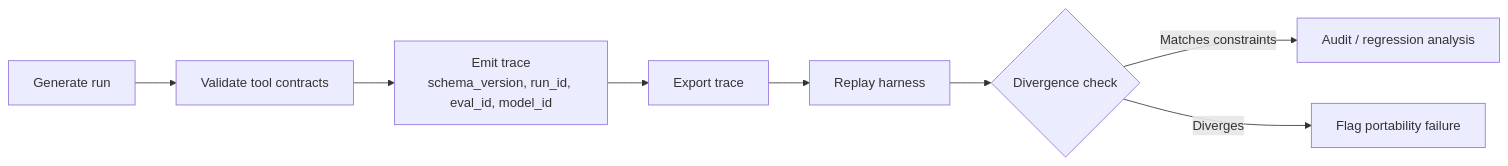
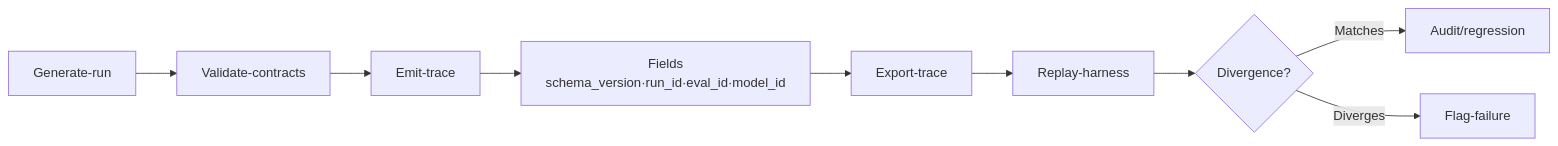
The second of 2 diagrams in book/chapters/99-future-directions.md (rmax-ai/ai-first-software-engineering-book), drawn with Mermaid before and after one commit. The commit also changed other lines of this file and 8 other files, not shown here.

````diff
--- a/book/chapters/99-future-directions.md
+++ b/book/chapters/99-future-directions.md
@@ -113,10 +119,20 @@
 ```mermaid
 flowchart LR
-  A["Generate run"] --> B["Validate tool contracts"]
-  B --> C["Emit trace<br/>schema_version, run_id, eval_id, model_id"]
-  C --> D["Export trace"]
-  D --> E["Replay harness"]
-  E --> F{"Divergence check"}
-  F -->|Matches constraints| G["Audit / regression analysis"]
-  F -->|Diverges| H["Flag portability failure"]
+A["Generate-run"]
+B["Validate-contracts"]
+C["Emit-trace"]
+C1["Fields<br/>schema_version·run_id·eval_id·model_id"]
+D["Export-trace"]
+E["Replay-harness"]
+F{"Divergence?"}
+G["Audit/regression"]
+H["Flag-failure"]
+A-->B
+B-->C
+C-->C1
+C1-->D
+D-->E
+E-->F
+F-->|Matches|G
+F-->|Diverges|H
 ```
````
